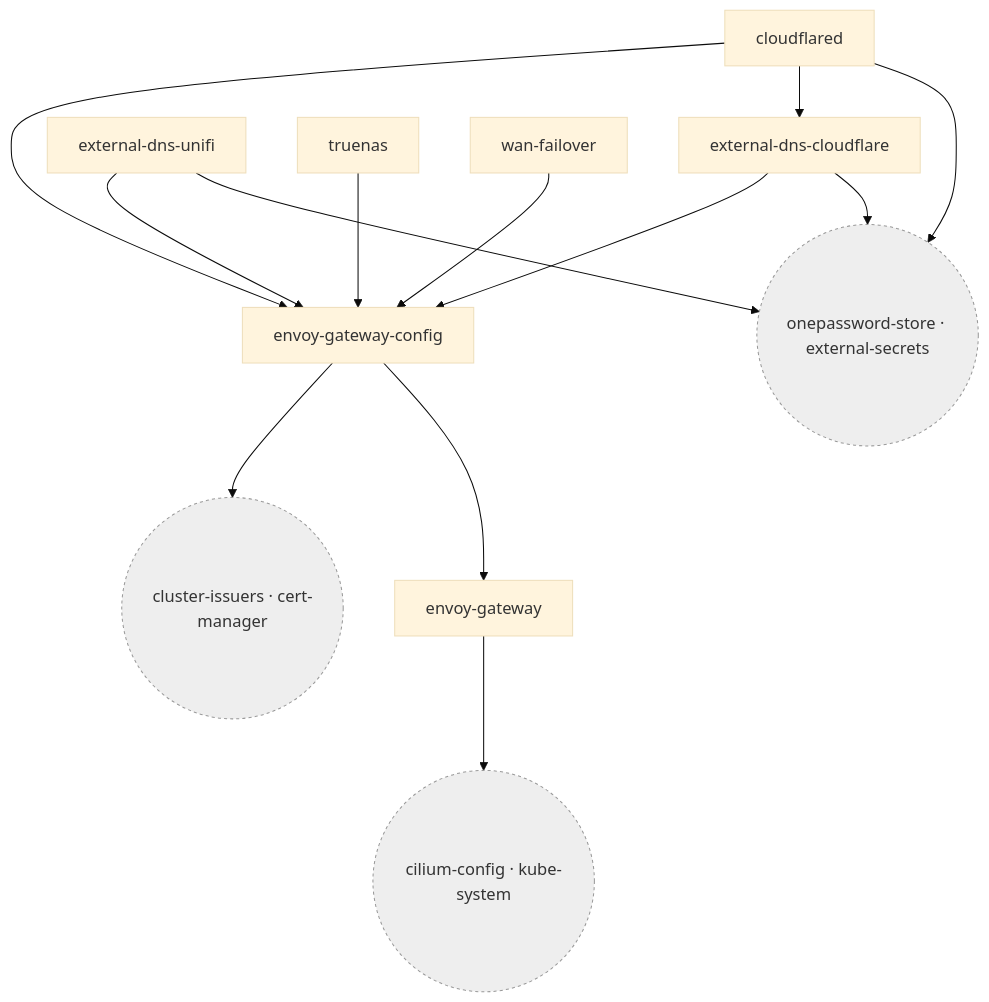
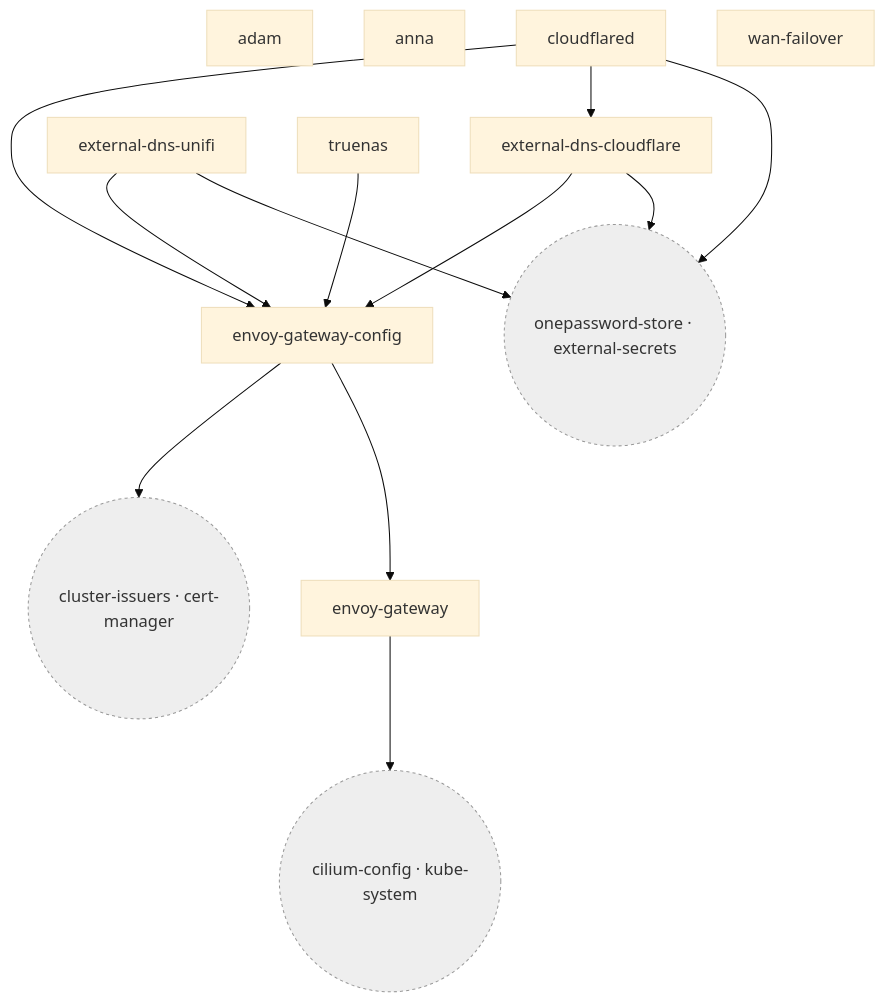
One commit to qnimbus/home-lab changed diagram 14 of 21 in docs/CLUSTER.md. Above: the diagram before and after it, drawn with Mermaid (base theme). The commit also changed other lines of this file and 19 other files, not shown here.

````diff
--- a/docs/CLUSTER.md
+++ b/docs/CLUSTER.md
@@ -1100,26 +1192,27 @@
 ```mermaid
 flowchart TD
+  flux_system_adam["adam"]
+  flux_system_anna["anna"]
   flux_system_cloudflared["cloudflared"]
   flux_system_envoy_gateway["envoy-gateway"]
   flux_system_envoy_gateway_config["envoy-gateway-config"]
   flux_system_external_dns_cloudflare["external-dns-cloudflare"]
   flux_system_external_dns_unifi["external-dns-unifi"]
   flux_system_truenas["truenas"]
   flux_system_wan_failover["wan-failover"]
   flux_system_cilium_config(("cilium-config · kube-system")):::external
   flux_system_cluster_issuers(("cluster-issuers · cert-manager")):::external
   flux_system_onepassword_store(("onepassword-store · external-secrets")):::external
   flux_system_cloudflared --> flux_system_envoy_gateway_config
   flux_system_cloudflared --> flux_system_external_dns_cloudflare
   flux_system_cloudflared --> flux_system_onepassword_store
   flux_system_envoy_gateway --> flux_system_cilium_config
   flux_system_envoy_gateway_config --> flux_system_cluster_issuers
   flux_system_envoy_gateway_config --> flux_system_envoy_gateway
   flux_system_external_dns_cloudflare --> flux_system_envoy_gateway_config
   flux_system_external_dns_cloudflare --> flux_system_onepassword_store
   flux_system_external_dns_unifi --> flux_system_envoy_gateway_config
   flux_system_external_dns_unifi --> flux_system_onepassword_store
   flux_system_truenas --> flux_system_envoy_gateway_config
-  flux_system_wan_failover --> flux_system_envoy_gateway_config
   classDef external fill:#eee,stroke:#999,stroke-dasharray: 3 3
 ```
````
